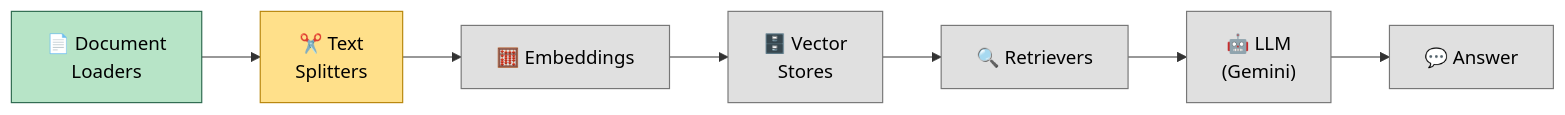
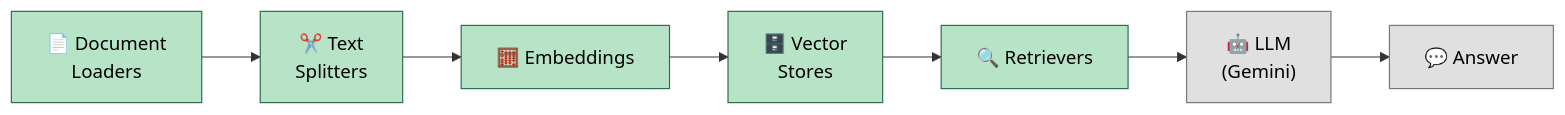
Before and after one commit to Og-Brutal/langchain-rag-pipeline: the first of 6 diagrams in README.md, drawn with Mermaid. The commit also changed other lines of this file, not shown here.

````diff
--- a/README.md
+++ b/README.md
@@ -37,17 +40,17 @@
 ```mermaid
 flowchart LR
     A["📄 Document<br/>Loaders"] --> B["✂️ Text<br/>Splitters"]
     B --> C["🧮 Embeddings"]
     C --> D["🗄️ Vector<br/>Stores"]
     D --> E["🔍 Retrievers"]
     E --> F["🤖 LLM<br/>(Gemini)"]
     F --> G["💬 Answer"]
 
     style A fill:#b7e4c7,stroke:#2d6a4f,color:#000
-    style B fill:#ffe08a,stroke:#b8860b,color:#000
-    style C fill:#e0e0e0,stroke:#777,color:#000
-    style D fill:#e0e0e0,stroke:#777,color:#000
-    style E fill:#e0e0e0,stroke:#777,color:#000
+    style B fill:#b7e4c7,stroke:#2d6a4f,color:#000
+    style C fill:#b7e4c7,stroke:#2d6a4f,color:#000
+    style D fill:#b7e4c7,stroke:#2d6a4f,color:#000
+    style E fill:#b7e4c7,stroke:#2d6a4f,color:#000
     style F fill:#e0e0e0,stroke:#777,color:#000
     style G fill:#e0e0e0,stroke:#777,color:#000
 ```
````
